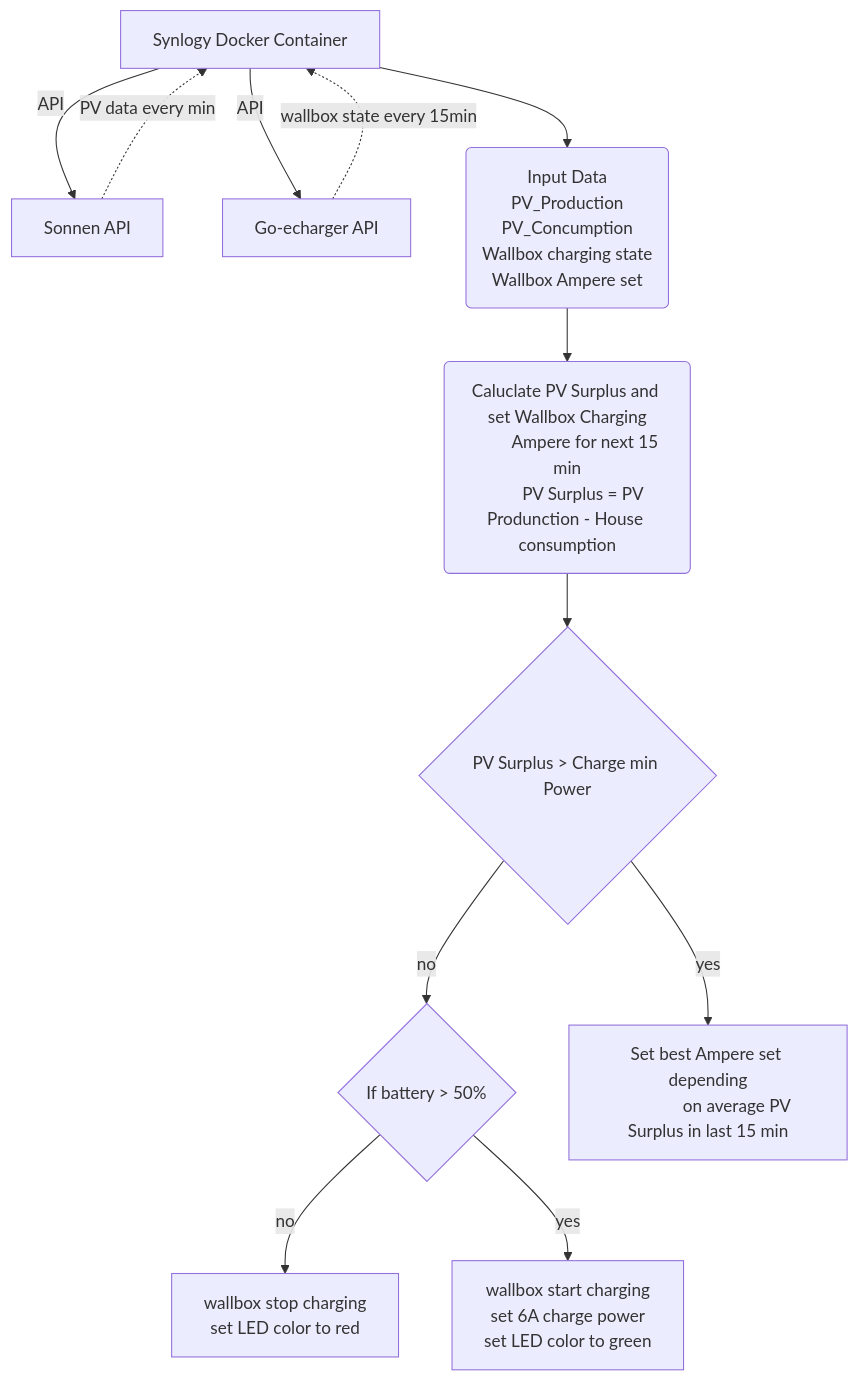
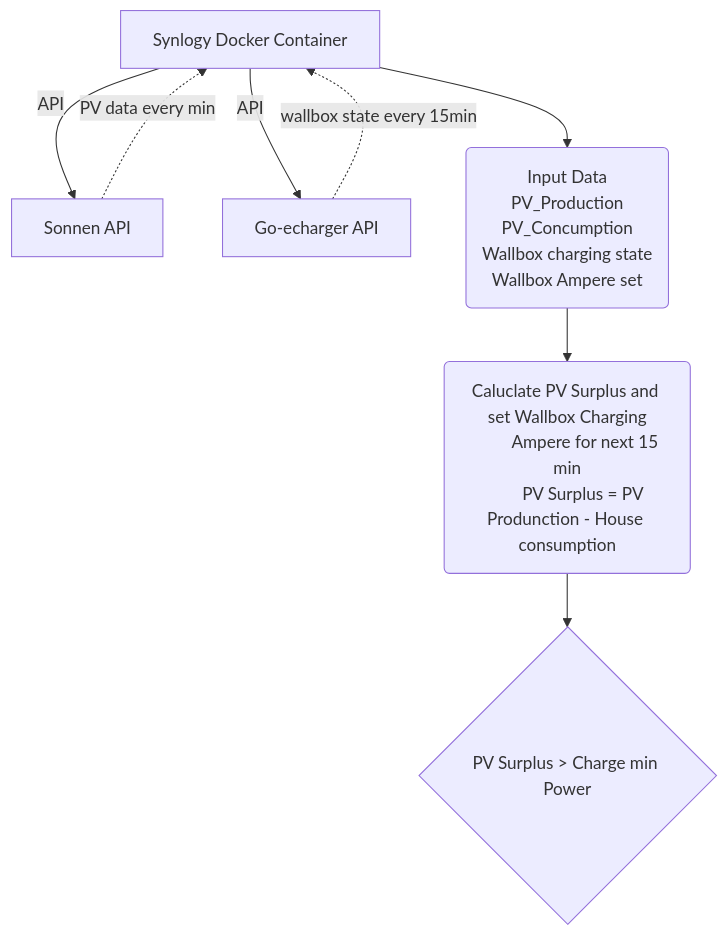
The diagram in README.md (schwabenschulle/pvcharger), drawn with Mermaid before and after one commit.

````diff
--- a/README.md
+++ b/README.md
@@ -22,24 +22,16 @@
 ```mermaid
 graph TD
 A[Synlogy Docker Container] -->|API| B[Sonnen API]
 B[Sonnen API] -.->|PV data every min| A[Synlogy Docker Container]
 A[Synlogy Docker Container] -->|API| C[Go-echarger API]
 C[Go-echarger API] -.->|wallbox state every 15min| A[Synlogy Docker Container]
 A[Synlogy Docker Container] -->D("Input Data
                 PV_Production
                 PV_Concumption
                 Wallbox charging state
                 Wallbox Ampere set")
 D --> E("Caluclate PV Surplus and set Wallbox Charging
-         Ampere for next 15 min"
-        PV Surplus = PV Produnction - House consumption)
+         Ampere for next 15 min
+        PV Surplus = PV Produnction - House consumption")
 E --> F{"PV Surplus > Charge min Power"}
-F -->|no| G{"If battery > 50%"}
-G --> |no| H["wallbox stop charging
-             set LED color to red"]
-G -->|yes| I["wallbox start charging
-              set 6A charge power
-              set LED color to green"]
-F -->|yes| J["Set best Ampere set depending
-              on average PV Surplus in last 15 min"]
 ```
````
